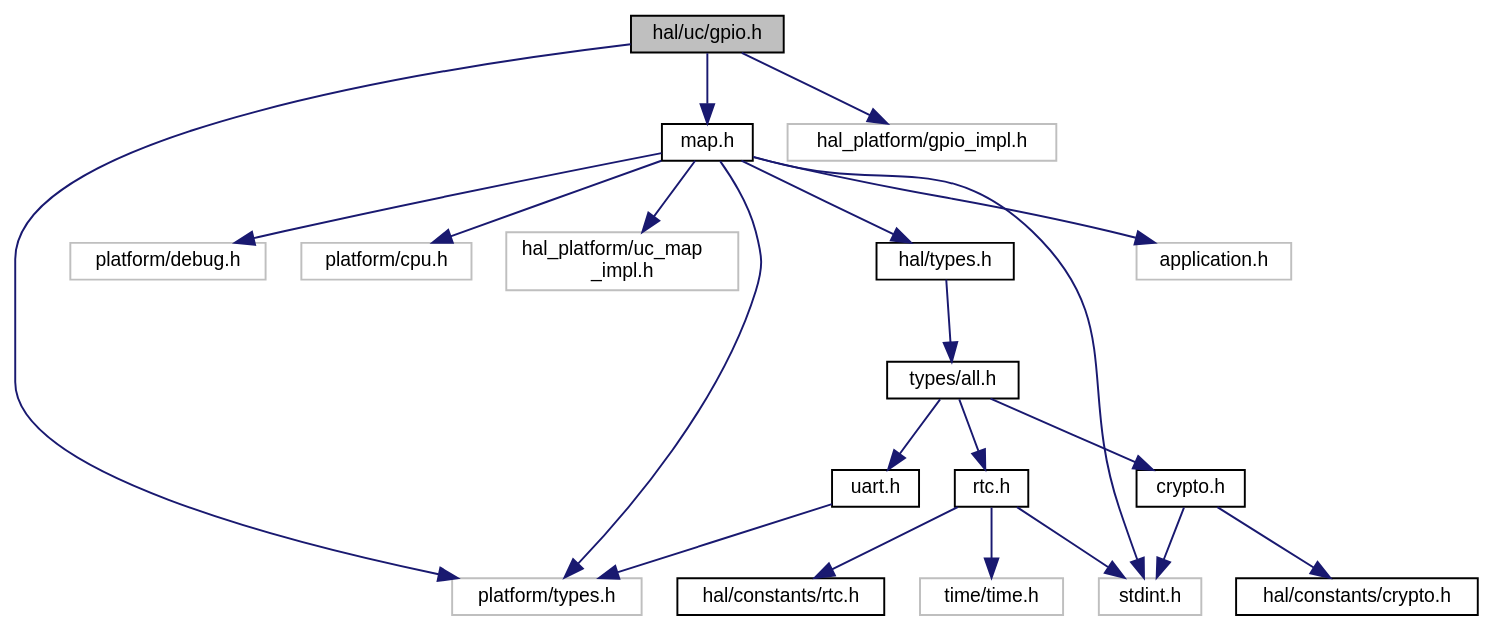
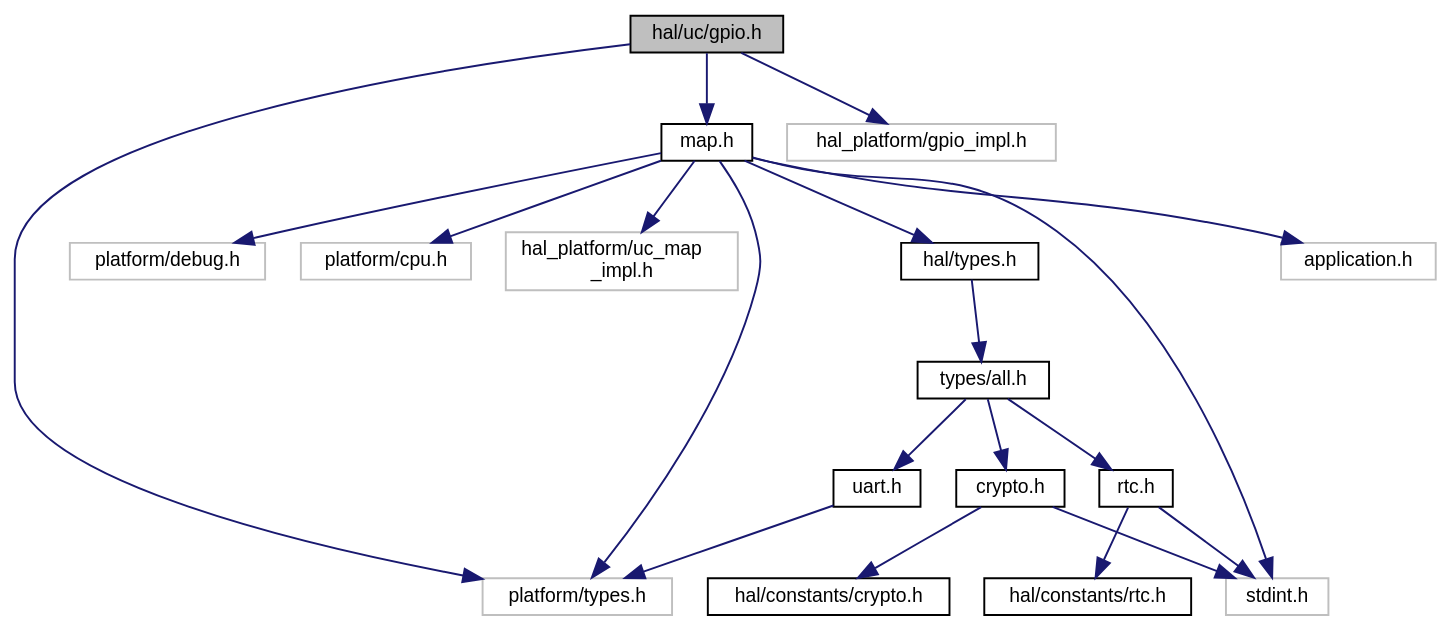
The diagram in gpio_8h__incl.dot (ebs-universe/piolib-hal-uc), drawn with Graphviz before and after one commit. The commit also changed 140 other files, not shown here.

```diff
--- a/gpio_8h__incl.dot
+++ b/gpio_8h__incl.dot
@@ -1,45 +1,43 @@
 digraph "hal/uc/gpio.h"
 {
  // INTERACTIVE_SVG=YES
  // LATEX_PDF_SIZE
   bgcolor="transparent";
   edge [fontname="Helvetica",fontsize="10",labelfontname="Helvetica",labelfontsize="10"];
   node [fontname="Helvetica",fontsize="10",shape=record];
   Node1 [label="hal/uc/gpio.h",height=0.2,width=0.4,color="black", fillcolor="grey75", style="filled", fontcolor="black",tooltip="HAL for uC GPIOs."];
   Node1 -> Node2 [color="midnightblue",fontsize="10",style="solid",fontname="Helvetica"];
   Node2 [label="platform/types.h",height=0.2,width=0.4,color="grey75",tooltip=" "];
   Node1 -> Node3 [color="midnightblue",fontsize="10",style="solid",fontname="Helvetica"];
   Node3 [label="map.h",height=0.2,width=0.4,color="black",URL="$map_8h.html",tooltip="HAL for uC Peripheral Map."];
   Node3 -> Node4 [color="midnightblue",fontsize="10",style="solid",fontname="Helvetica"];
   Node4 [label="stdint.h",height=0.2,width=0.4,color="grey75",tooltip=" "];
   Node3 -> Node2 [color="midnightblue",fontsize="10",style="solid",fontname="Helvetica"];
   Node3 -> Node5 [color="midnightblue",fontsize="10",style="solid",fontname="Helvetica"];
   Node5 [label="hal/types.h",height=0.2,width=0.4,color="black",URL="$types_8h_source.html",tooltip=" "];
   Node5 -> Node6 [color="midnightblue",fontsize="10",style="solid",fontname="Helvetica"];
   Node6 [label="types/all.h",height=0.2,width=0.4,color="black",URL="$types_2all_8h_source.html",tooltip=" "];
   Node6 -> Node7 [color="midnightblue",fontsize="10",style="solid",fontname="Helvetica"];
   Node7 [label="crypto.h",height=0.2,width=0.4,color="black",URL="$types_2crypto_8h_source.html",tooltip=" "];
   Node7 -> Node4 [color="midnightblue",fontsize="10",style="solid",fontname="Helvetica"];
   Node7 -> Node8 [color="midnightblue",fontsize="10",style="solid",fontname="Helvetica"];
   Node8 [label="hal/constants/crypto.h",height=0.2,width=0.4,color="black",URL="$constants_2crypto_8h_source.html",tooltip=" "];
   Node6 -> Node9 [color="midnightblue",fontsize="10",style="solid",fontname="Helvetica"];
   Node9 [label="rtc.h",height=0.2,width=0.4,color="black",URL="$types_2rtc_8h_source.html",tooltip=" "];
   Node9 -> Node4 [color="midnightblue",fontsize="10",style="solid",fontname="Helvetica"];
   Node9 -> Node10 [color="midnightblue",fontsize="10",style="solid",fontname="Helvetica"];
   Node10 [label="hal/constants/rtc.h",height=0.2,width=0.4,color="black",URL="$constants_2rtc_8h_source.html",tooltip=" "];
-  Node9 -> Node11 [color="midnightblue",fontsize="10",style="solid",fontname="Helvetica"];
-  Node11 [label="time/time.h",height=0.2,width=0.4,color="grey75",tooltip=" "];
-  Node6 -> Node12 [color="midnightblue",fontsize="10",style="solid",fontname="Helvetica"];
-  Node12 [label="uart.h",height=0.2,width=0.4,color="black",URL="$types_2uart_8h_source.html",tooltip=" "];
-  Node12 -> Node2 [color="midnightblue",fontsize="10",style="solid",fontname="Helvetica"];
+  Node6 -> Node11 [color="midnightblue",fontsize="10",style="solid",fontname="Helvetica"];
+  Node11 [label="uart.h",height=0.2,width=0.4,color="black",URL="$types_2uart_8h_source.html",tooltip=" "];
+  Node11 -> Node2 [color="midnightblue",fontsize="10",style="solid",fontname="Helvetica"];
+  Node3 -> Node12 [color="midnightblue",fontsize="10",style="solid",fontname="Helvetica"];
+  Node12 [label="application.h",height=0.2,width=0.4,color="grey75",tooltip=" "];
   Node3 -> Node13 [color="midnightblue",fontsize="10",style="solid",fontname="Helvetica"];
-  Node13 [label="application.h",height=0.2,width=0.4,color="grey75",tooltip=" "];
+  Node13 [label="platform/debug.h",height=0.2,width=0.4,color="grey75",tooltip=" "];
   Node3 -> Node14 [color="midnightblue",fontsize="10",style="solid",fontname="Helvetica"];
-  Node14 [label="platform/debug.h",height=0.2,width=0.4,color="grey75",tooltip=" "];
+  Node14 [label="platform/cpu.h",height=0.2,width=0.4,color="grey75",tooltip=" "];
   Node3 -> Node15 [color="midnightblue",fontsize="10",style="solid",fontname="Helvetica"];
-  Node15 [label="platform/cpu.h",height=0.2,width=0.4,color="grey75",tooltip=" "];
-  Node3 -> Node16 [color="midnightblue",fontsize="10",style="solid",fontname="Helvetica"];
-  Node16 [label="hal_platform/uc_map\l_impl.h",height=0.2,width=0.4,color="grey75",tooltip=" "];
-  Node1 -> Node17 [color="midnightblue",fontsize="10",style="solid",fontname="Helvetica"];
-  Node17 [label="hal_platform/gpio_impl.h",height=0.2,width=0.4,color="grey75",tooltip=" "];
+  Node15 [label="hal_platform/uc_map\l_impl.h",height=0.2,width=0.4,color="grey75",tooltip=" "];
+  Node1 -> Node16 [color="midnightblue",fontsize="10",style="solid",fontname="Helvetica"];
+  Node16 [label="hal_platform/gpio_impl.h",height=0.2,width=0.4,color="grey75",tooltip=" "];
 }
```
